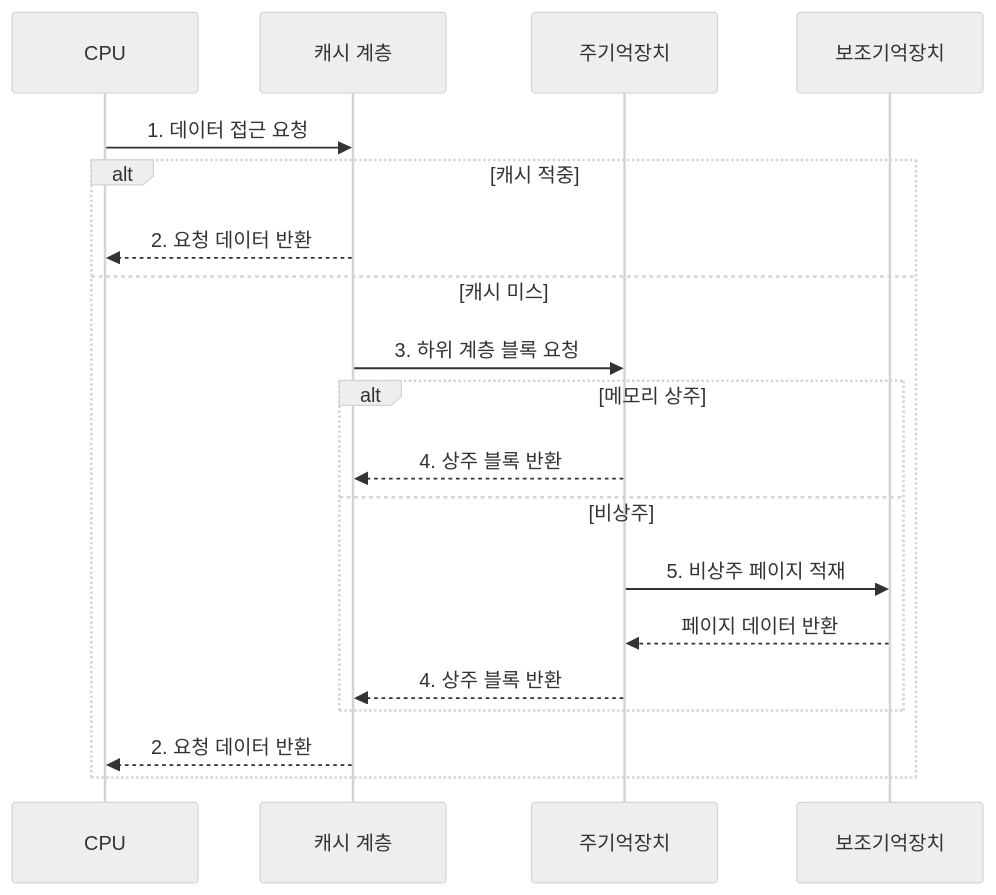
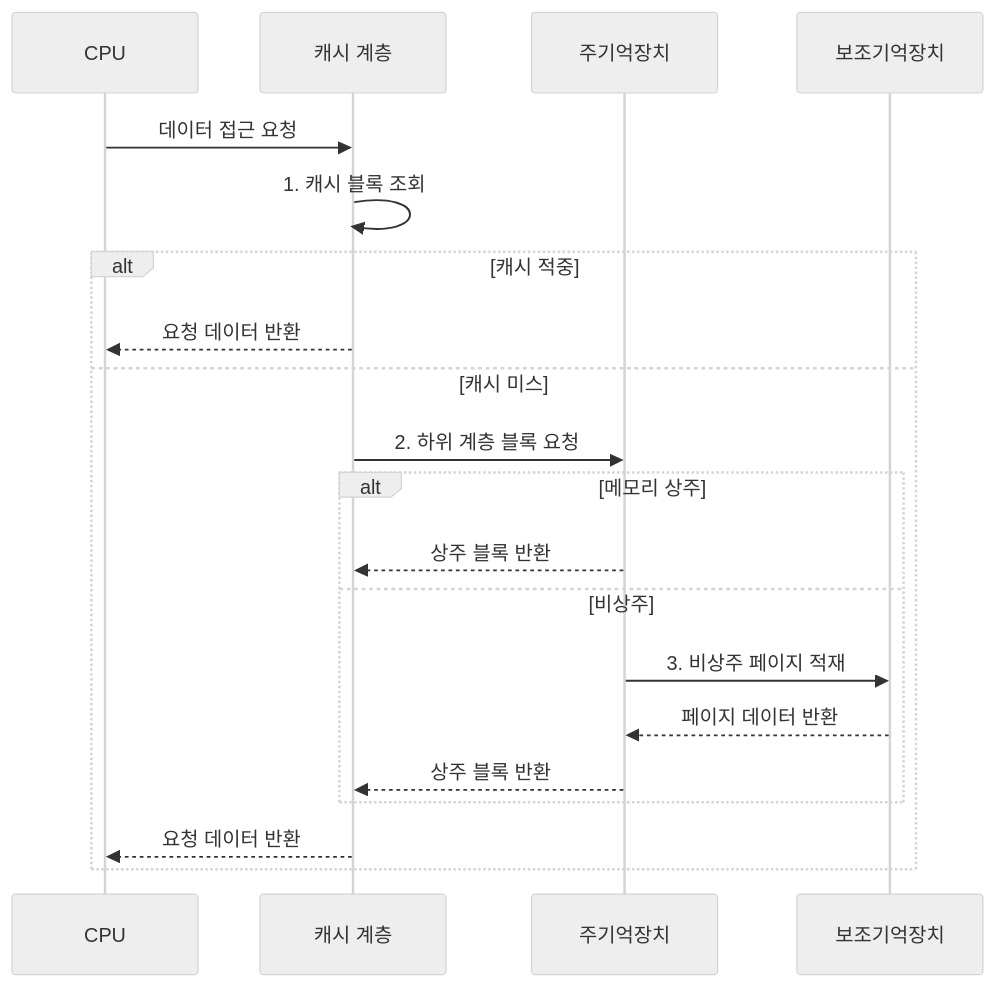
One commit to agnusdei1207/knowledge-base changed the second of 2 diagrams in src/content/docs/notes/02-hardware/022_memory_hierarchy.md. Above: the diagram before and after it, drawn with Mermaid (neutral theme). The commit also changed other lines of this file and 20 other files, not shown here.

````diff
--- a/src/content/docs/notes/02-hardware/022_memory_hierarchy.md
+++ b/src/content/docs/notes/02-hardware/022_memory_hierarchy.md
@@ -93,21 +93,22 @@
 ```mermaid
 sequenceDiagram
     participant C as CPU
     participant L as 캐시 계층
     participant M as 주기억장치
     participant S as 보조기억장치
-    C->>L: 1. 데이터 접근 요청
+    C->>L: 데이터 접근 요청
+    L->>L: 1. 캐시 블록 조회
     alt 캐시 적중
-        L-->>C: 2. 요청 데이터 반환
+        L-->>C: 요청 데이터 반환
     else 캐시 미스
-        L->>M: 3. 하위 계층 블록 요청
+        L->>M: 2. 하위 계층 블록 요청
         alt 메모리 상주
-            M-->>L: 4. 상주 블록 반환
+            M-->>L: 상주 블록 반환
         else 비상주
-            M->>S: 5. 비상주 페이지 적재
+            M->>S: 3. 비상주 페이지 적재
             S-->>M: 페이지 데이터 반환
-            M-->>L: 4. 상주 블록 반환
+            M-->>L: 상주 블록 반환
         end
-        L-->>C: 2. 요청 데이터 반환
+        L-->>C: 요청 데이터 반환
     end
 ```
````
